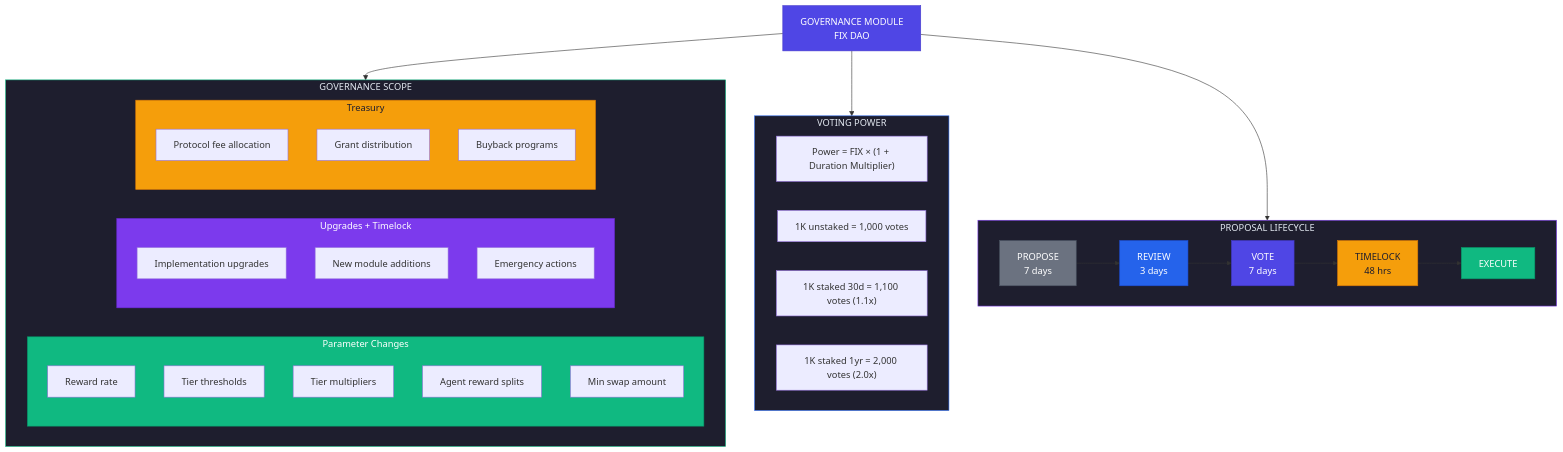
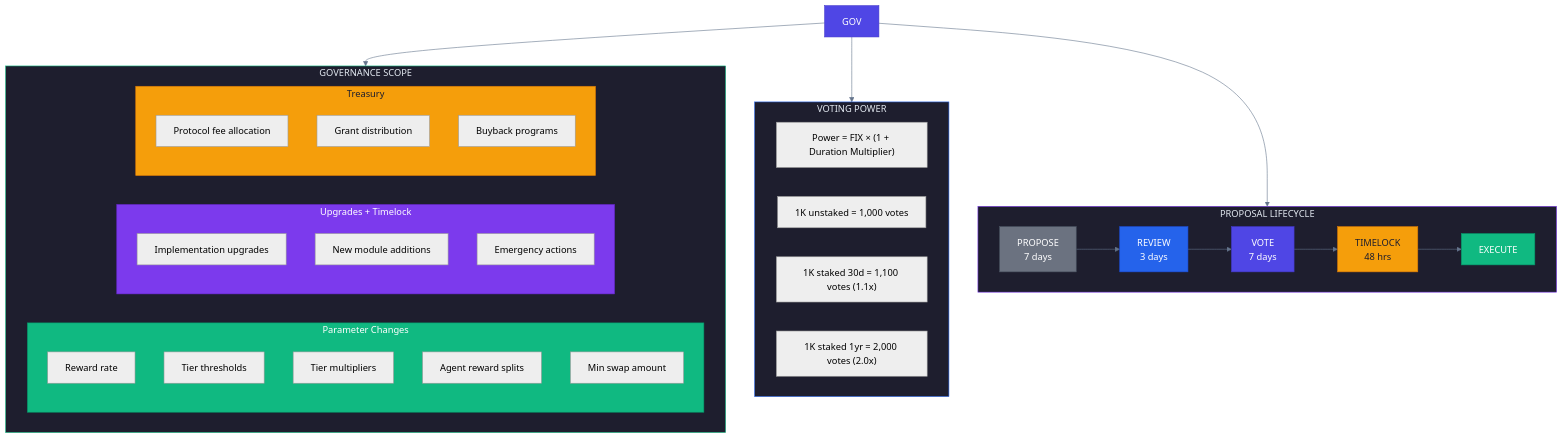
Before and after one commit to guglxni/the-fixer-hook: the ninth of 13 diagrams in docs/ENHANCEMENT_BRAINSTORM.md, drawn with Mermaid. The commit also changed other lines of this file and 514 other files, not shown here.

Commit message:
Clean docs: remove emojis, add professional mermaid styling

````diff
--- a/docs/ENHANCEMENT_BRAINSTORM.md
+++ b/docs/ENHANCEMENT_BRAINSTORM.md
@@ -504,52 +480,48 @@
 ```mermaid
+%%{init: {'theme': 'neutral', 'themeVariables': { 'primaryColor': '#2563eb', 'primaryTextColor': '#1e293b', 'primaryBorderColor': '#3b82f6', 'lineColor': '#64748b', 'secondaryColor': '#f1f5f9', 'tertiaryColor': '#e2e8f0'}}}%%
 flowchart TD
-    GOV["GOVERNANCE MODULE\nFIX DAO"]
     GOV --> SCOPE
     GOV --> VOTE
     GOV --> LIFECYCLE
-
     subgraph SCOPE["GOVERNANCE SCOPE"]
         subgraph params["Parameter Changes"]
             P1["Reward rate"]
             P2["Tier thresholds"]
             P3["Tier multipliers"]
             P4["Agent reward splits"]
             P5["Min swap amount"]
         end
         subgraph upgrades["Upgrades + Timelock"]
             U1["Implementation upgrades"]
             U2["New module additions"]
             U3["Emergency actions"]
         end
         subgraph treasury["Treasury"]
             T1["Protocol fee allocation"]
             T2["Grant distribution"]
             T3["Buyback programs"]
         end
     end
-
     subgraph VOTE["VOTING POWER"]
         VP["Power = FIX × (1 + Duration Multiplier)"]
         VE1["1K unstaked = 1,000 votes"]
         VE2["1K staked 30d = 1,100 votes (1.1x)"]
         VE3["1K staked 1yr = 2,000 votes (2.0x)"]
     end
-
     subgraph LIFECYCLE["PROPOSAL LIFECYCLE"]
         direction LR
         L1["PROPOSE\n7 days"] --> L2["REVIEW\n3 days"] --> L3["VOTE\n7 days"] --> L4["TIMELOCK\n48 hrs"] --> L5["EXECUTE"]
     end
-
     style GOV fill:#4F46E5,color:#FFFFFF,stroke:#4338CA
     style SCOPE fill:#1E1E2E,color:#E2E8F0,stroke:#10B981
     style params fill:#10B981,color:#FFFFFF,stroke:#059669
     style upgrades fill:#7C3AED,color:#FFFFFF,stroke:#6D28D9
     style treasury fill:#F59E0B,color:#1E1E2E,stroke:#D97706
     style VOTE fill:#1E1E2E,color:#E2E8F0,stroke:#2563EB
     style LIFECYCLE fill:#1E1E2E,color:#E2E8F0,stroke:#7C3AED
     style L1 fill:#6B7280,color:#FFFFFF,stroke:#4B5563
     style L2 fill:#2563EB,color:#FFFFFF,stroke:#1D4ED8
     style L3 fill:#4F46E5,color:#FFFFFF,stroke:#4338CA
     style L4 fill:#F59E0B,color:#1E1E2E,stroke:#D97706
     style L5 fill:#10B981,color:#FFFFFF,stroke:#059669
 ```
````
